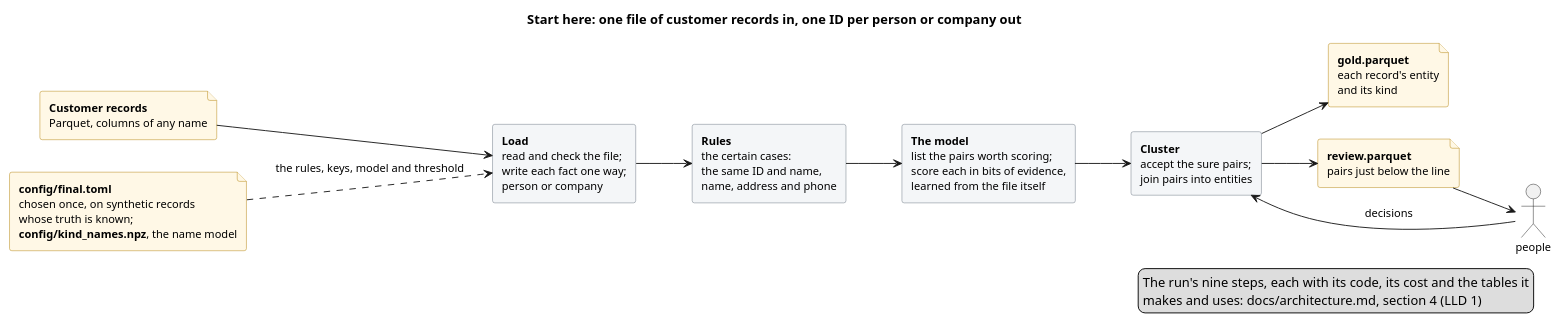
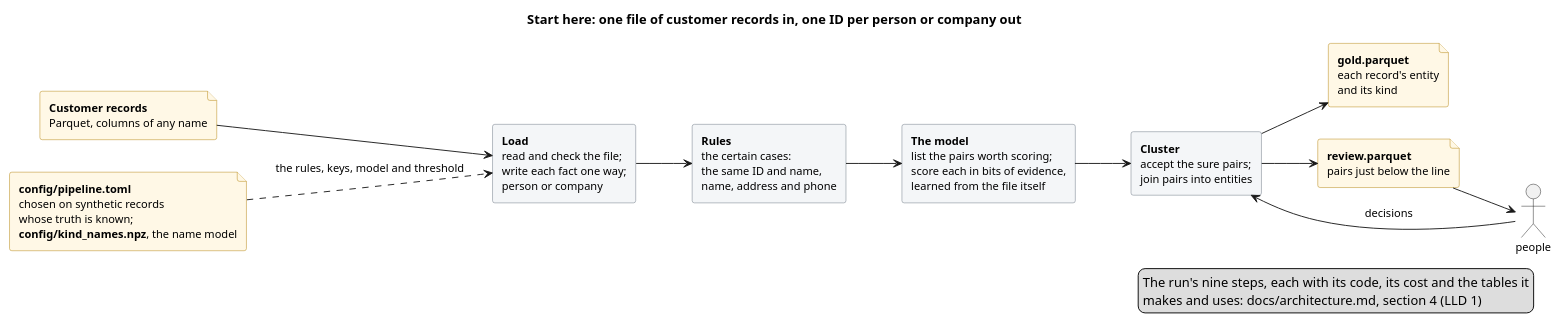
Before and after one commit to mvsbm/entity_matching: the diagram in docs/diagrams/overview.puml, drawn with PlantUML. The commit also changed 122 other files, not shown here.

```diff
--- a/docs/diagrams/overview.puml
+++ b/docs/diagrams/overview.puml
@@ -1,38 +1,38 @@
 @startuml overview
 title Start here: one file of customer records in, one ID per person or company out
 left to right direction
 skinparam defaultFontSize 12
 skinparam rectangle {
   BackgroundColor #F4F6F8
   BorderColor #65717E
 }
 skinparam file {
   BackgroundColor #FFF8E6
   BorderColor #B07D00
 }
 
 file "<b>Customer records</b>\nParquet, columns of any name" as input
 rectangle "<b>Load</b>\nread and check the file;\nwrite each fact one way;\nperson or company" as load
 rectangle "<b>Rules</b>\nthe certain cases:\nthe same ID and name,\nname, address and phone" as rules
 rectangle "<b>The model</b>\nlist the pairs worth scoring;\nscore each in bits of evidence,\nlearned from the file itself" as model
 rectangle "<b>Cluster</b>\naccept the sure pairs;\njoin pairs into entities" as cluster
 file "<b>gold.parquet</b>\neach record's entity\nand its kind" as gold
 file "<b>review.parquet</b>\npairs just below the line" as sheets
 actor "people" as people
-file "<b>config/final.toml</b>\nchosen once, on synthetic records\nwhose truth is known;\n<b>config/kind_names.npz</b>, the name model" as config
+file "<b>config/pipeline.toml</b>\nchosen on synthetic records\nwhose truth is known;\n<b>config/kind_names.npz</b>, the name model" as config
 
 input --> load
 load --> rules
 rules --> model
 model --> cluster
 cluster --> gold
 cluster --> sheets
 sheets --> people
 people --> cluster : decisions
 config ..> load : the rules, keys, model and threshold
 
 legend right
   The run's nine steps, each with its code, its cost and the tables it
   makes and uses: docs/architecture.md, section 4 (LLD 1)
 endlegend
 @enduml
```
